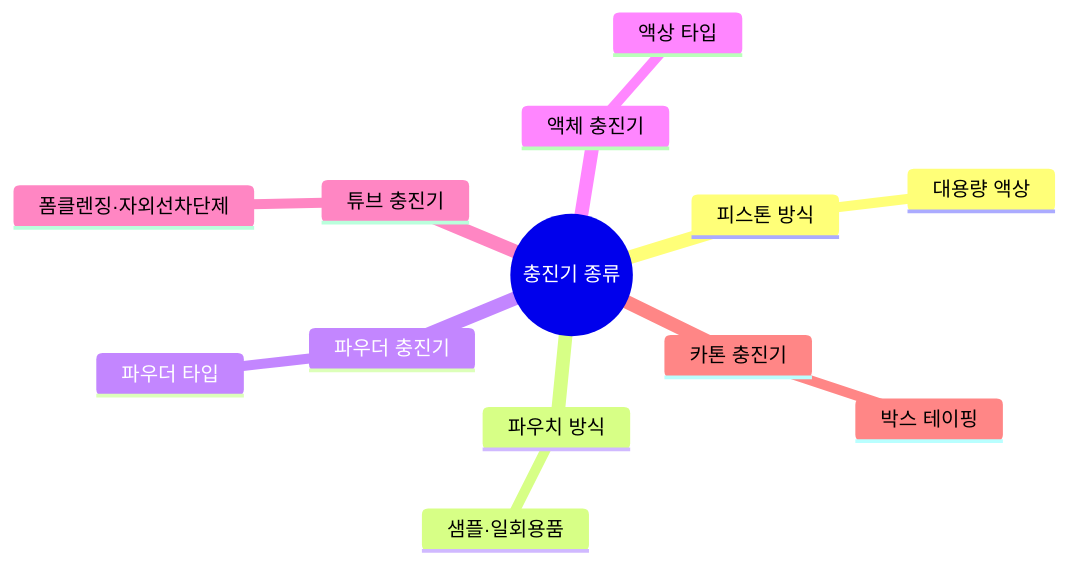
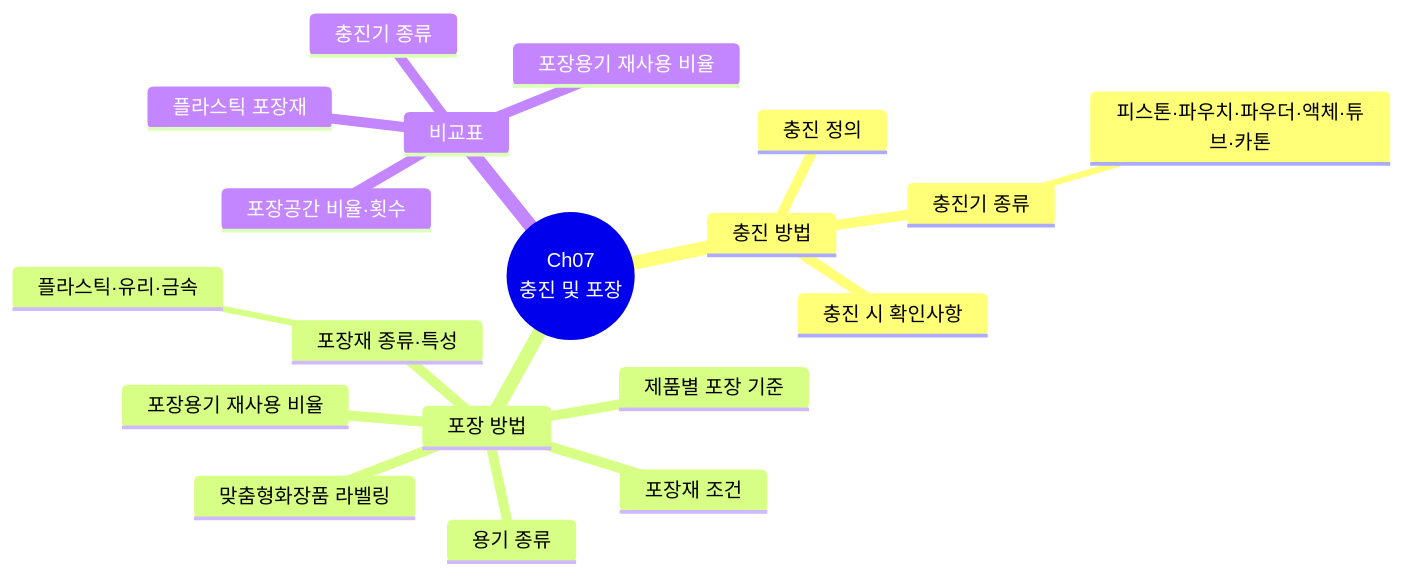
Before and after one commit to skygoldlee-cyber/Personalized_Skincare: diagram 24 of 28 in content/교재/understanding/4과목_맞춤형화장품의이해_이야기형.md, drawn with Mermaid. The commit also changed other lines of this file and 19 other files, not shown here.

````diff
--- a/content/교재/understanding/4과목_맞춤형화장품의이해_이야기형.md
+++ b/content/교재/understanding/4과목_맞춤형화장품의이해_이야기형.md
@@ -4135,16 +4137,22 @@
 ```mermaid
 mindmap
- root((충진기 종류))
-  피스톤 방식
-   대용량 액상
-  파우치 방식
-   샘플·일회용품
-  파우더 충진기
-   파우더 타입
-  액체 충진기
-   액상 타입
-  튜브 충진기
-   폼클렌징·자외선차단제
-  카톤 충진기
-   박스 테이핑
+ root((Ch07<br/>충진 및 포장))
+  충진 방법
+   충진 정의
+   충진기 종류
+    피스톤·파우치·파우더·액체·튜브·카톤
+   충진 시 확인사항
+  포장 방법
+   포장재 조건
+   포장재 종류·특성
+    플라스틱·유리·금속
+   용기 종류
+   제품별 포장 기준
+   포장용기 재사용 비율
+   맞춤형화장품 라벨링
+  비교표
+   충진기 종류
+   플라스틱 포장재
+   포장공간 비율·횟수
+   포장용기 재사용 비율
 ```
````
